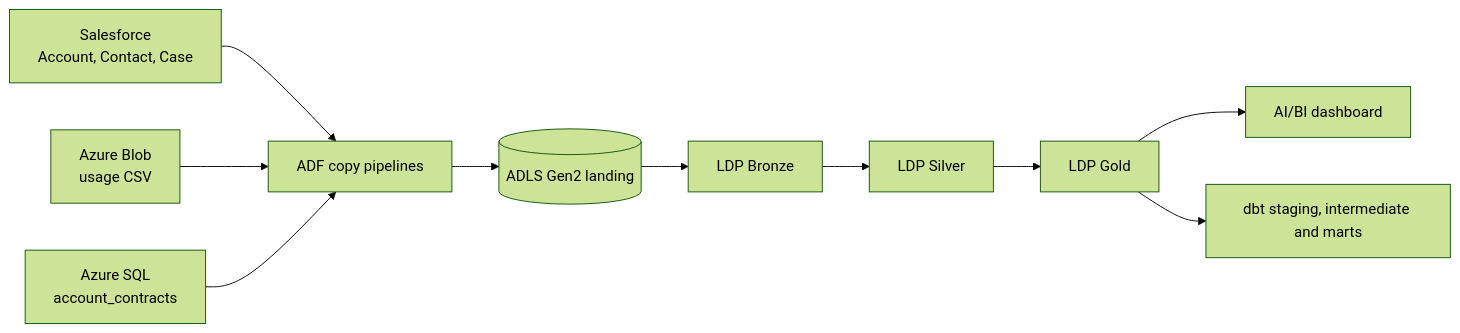
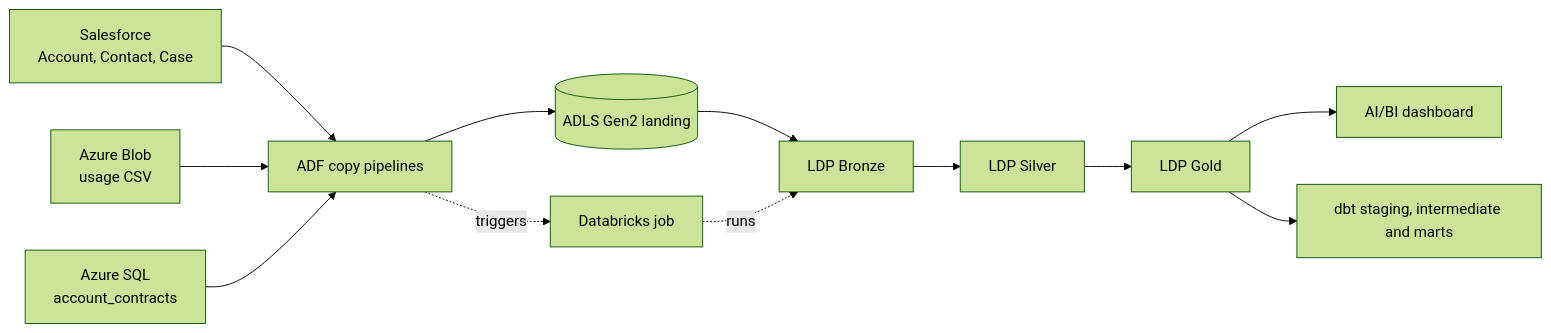
Before and after one commit to AiEnthu2026/salesforce-lakehouse: the diagram in README.md, drawn with Mermaid (forest theme). The commit also changed other lines of this file and 2 other files, not shown here.

Commit message:
Update READMEs: dbt layer additions, ADF trigger, lineage graph

````diff
--- a/README.md
+++ b/README.md
@@ -16,10 +16,12 @@
 ```mermaid
 flowchart LR
   A[Salesforce<br/>Account, Contact, Case] --> D[ADF copy pipelines]
   B[Azure Blob<br/>usage CSV] --> D
   C[Azure SQL<br/>account_contracts] --> D
   D --> E[(ADLS Gen2 landing)]
+  D -. triggers .-> K[Databricks job]
   E --> F[LDP Bronze] --> G[LDP Silver] --> H[LDP Gold]
+  K -. runs .-> F  
   H --> I[AI/BI dashboard]
   H --> J[dbt staging, intermediate and marts]
 ```
````
